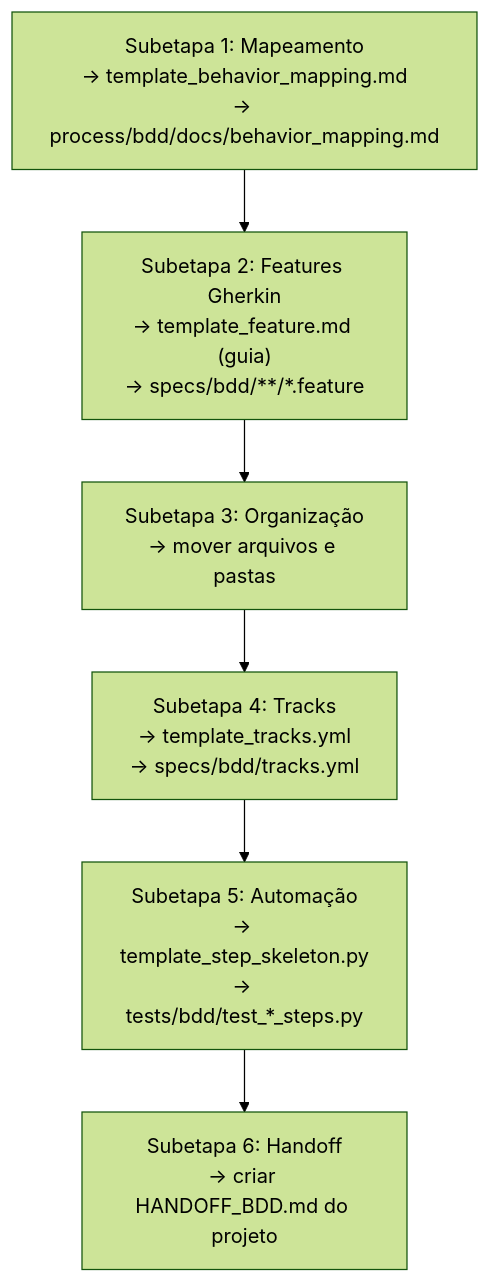
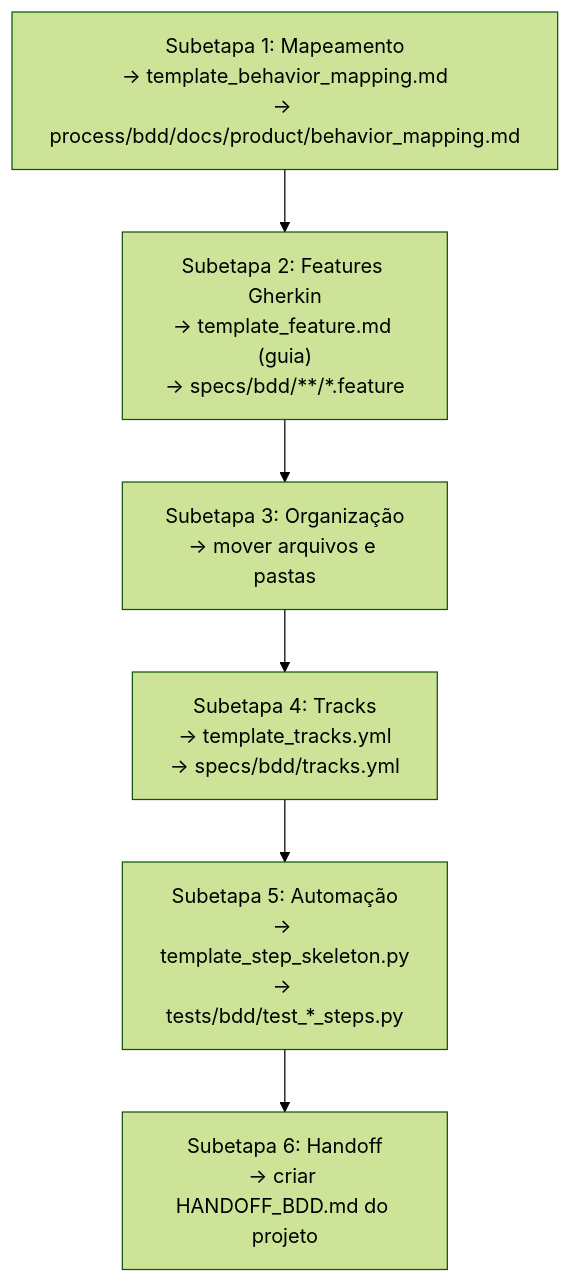
One commit to symlabs-ai/forge_code_agent changed the diagram in process/bdd/templates/README.md. Above: the diagram before and after it, drawn with Mermaid (forest theme). The commit also changed other lines of this file and 100 other files, not shown here.

````diff
--- a/process/bdd/templates/README.md
+++ b/process/bdd/templates/README.md
@@ -145,11 +145,11 @@
 ```mermaid
 flowchart TD
-    S1["Subetapa 1: Mapeamento\n→ template_behavior_mapping.md\n→ process/bdd/docs/behavior_mapping.md"]
+    S1["Subetapa 1: Mapeamento\n→ template_behavior_mapping.md\n→ process/bdd/docs/product/behavior_mapping.md"]
     S2["Subetapa 2: Features Gherkin\n→ template_feature.md (guia)\n→ specs/bdd/**/*.feature"]
     S3["Subetapa 3: Organização\n→ mover arquivos e pastas"]
     S4["Subetapa 4: Tracks\n→ template_tracks.yml\n→ specs/bdd/tracks.yml"]
     S5["Subetapa 5: Automação\n→ template_step_skeleton.py\n→ tests/bdd/test_*_steps.py"]
     S6["Subetapa 6: Handoff\n→ criar HANDOFF_BDD.md do projeto"]
 
     S1 --> S2 --> S3 --> S4 --> S5 --> S6
 ```
````
